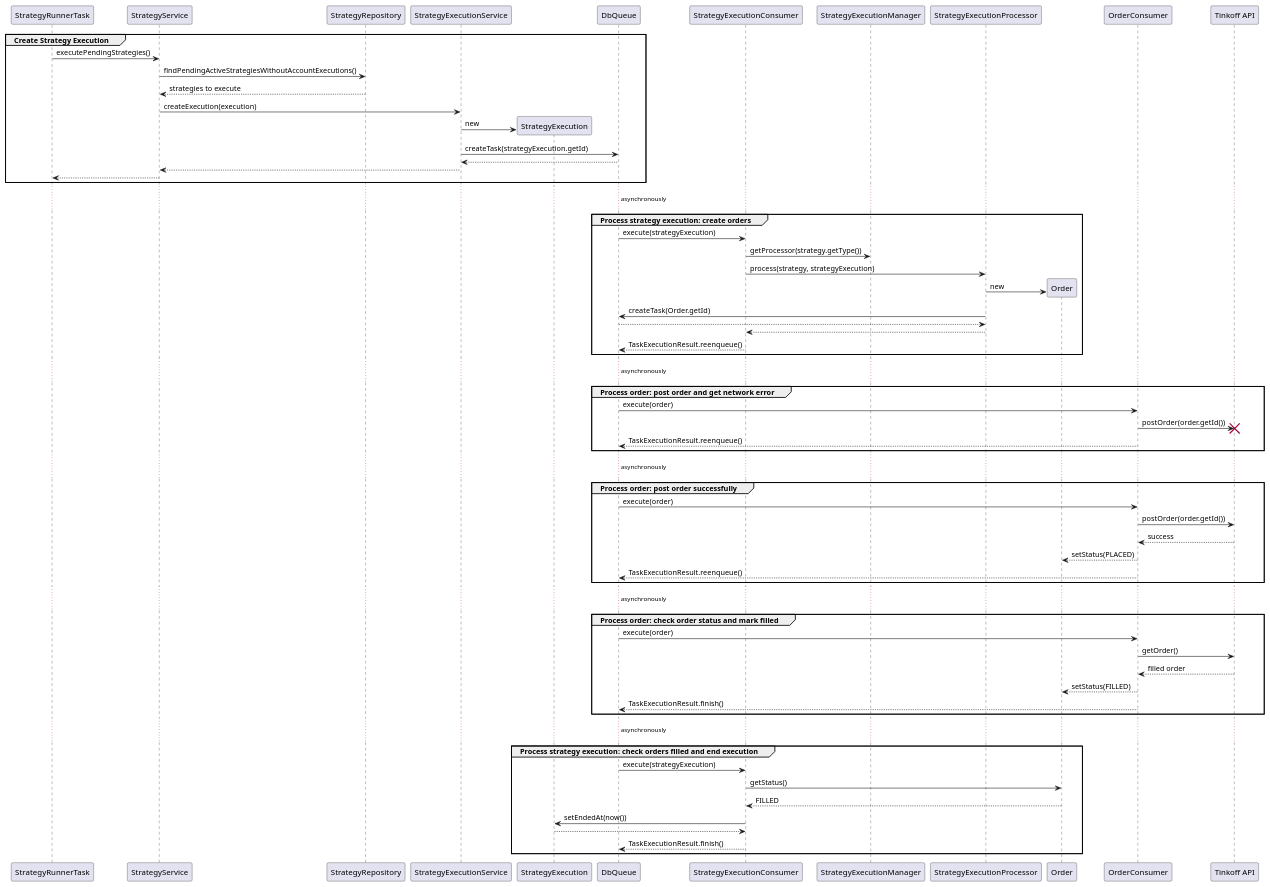
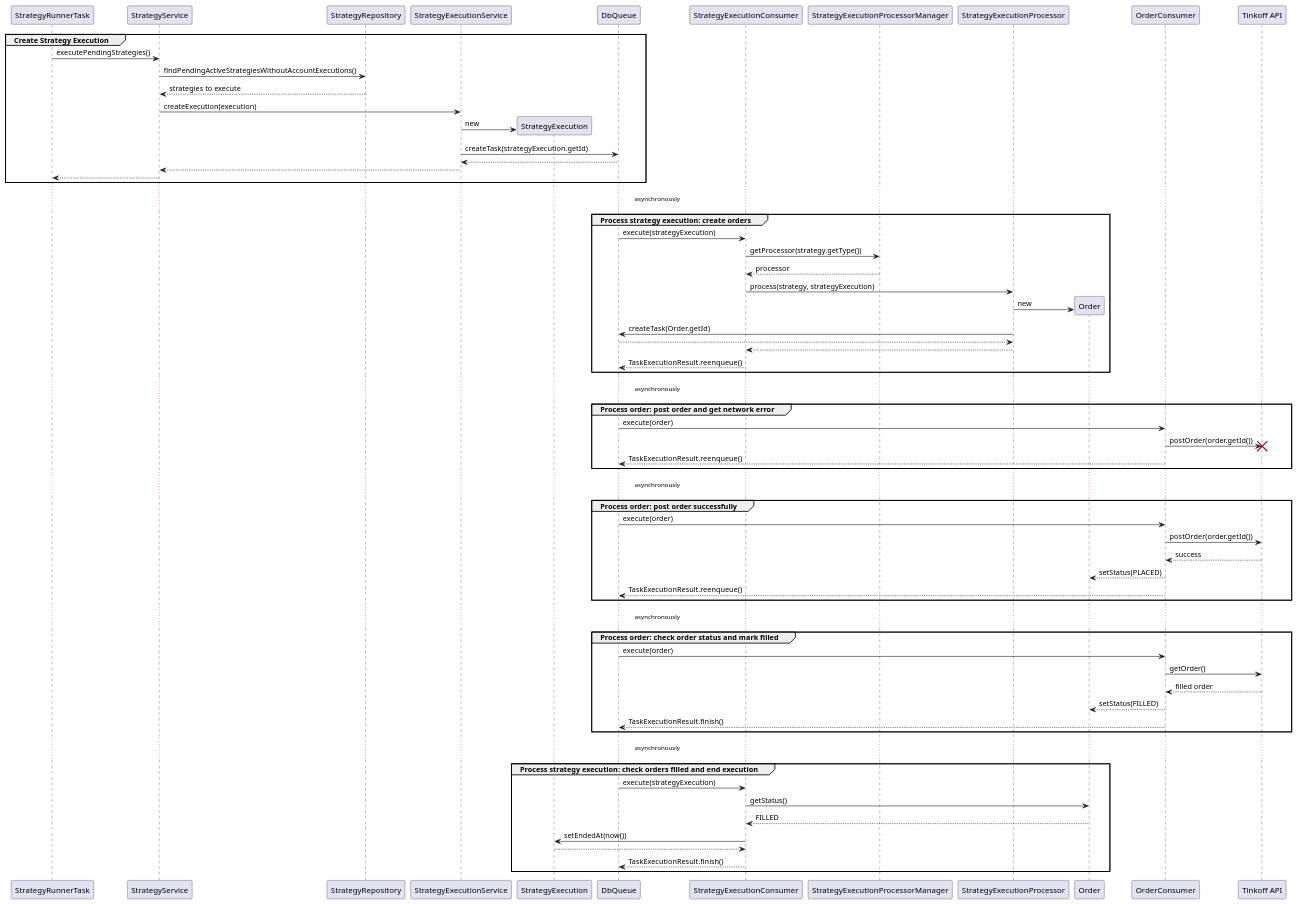
Before and after one commit to ivan-bezyazychnyy/tinkoff-invest-robot: the diagram in docs/strategy-execution-sequence-diagram.puml, drawn with PlantUML. The commit also changed 1 other file, not shown here.

Commit message:
Update strategy execution sequence diagram

```diff
--- a/docs/strategy-execution-sequence-diagram.puml
+++ b/docs/strategy-execution-sequence-diagram.puml
@@ -1,69 +1,70 @@
 @startuml
 
 group Create Strategy Execution
     StrategyRunnerTask -> StrategyService : executePendingStrategies()
     StrategyService -> StrategyRepository : findPendingActiveStrategiesWithoutAccountExecutions()
     StrategyRepository --> StrategyService : strategies to execute
     StrategyService -> StrategyExecutionService : createExecution(execution)
     create StrategyExecution
     StrategyExecutionService -> StrategyExecution : new
     StrategyExecutionService -> DbQueue : createTask(strategyExecution.getId)
     DbQueue --> StrategyExecutionService
     StrategyExecutionService --> StrategyService
     StrategyService --> StrategyRunnerTask
 end
 
 ... asynchronously ...
 
 group Process strategy execution: create orders
     DbQueue -> StrategyExecutionConsumer : execute(strategyExecution)
-    StrategyExecutionConsumer -> StrategyExecutionManager : getProcessor(strategy.getType())
+    StrategyExecutionConsumer -> StrategyExecutionProcessorManager : getProcessor(strategy.getType())
+    StrategyExecutionProcessorManager --> StrategyExecutionConsumer : processor
     StrategyExecutionConsumer -> StrategyExecutionProcessor  : process(strategy, strategyExecution)
     create Order
     StrategyExecutionProcessor -> Order : new
     StrategyExecutionProcessor -> DbQueue : createTask(Order.getId)
     DbQueue --> StrategyExecutionProcessor
     StrategyExecutionProcessor --> StrategyExecutionConsumer
     StrategyExecutionConsumer --> DbQueue : TaskExecutionResult.reenqueue()
 end
 
 ... asynchronously ...
 
 group Process order: post order and get network error
     DbQueue -> OrderConsumer : execute(order)
     OrderConsumer -> "Tinkoff API" !! : postOrder(order.getId())
     OrderConsumer --> DbQueue : TaskExecutionResult.reenqueue()
 end
 
 ... asynchronously ...
 
 group Process order: post order successfully
     DbQueue -> OrderConsumer : execute(order)
     OrderConsumer -> "Tinkoff API" : postOrder(order.getId())
     "Tinkoff API" --> OrderConsumer : success
     OrderConsumer --> Order : setStatus(PLACED)
     OrderConsumer --> DbQueue : TaskExecutionResult.reenqueue()
 end
 
 ... asynchronously ...
 
 group Process order: check order status and mark filled
     DbQueue -> OrderConsumer : execute(order)
     OrderConsumer -> "Tinkoff API" : getOrder()
     "Tinkoff API" --> OrderConsumer : filled order
     OrderConsumer --> Order : setStatus(FILLED)
     OrderConsumer --> DbQueue : TaskExecutionResult.finish()
 end
 
 ... asynchronously ...
 
 group Process strategy execution: check orders filled and end execution
     DbQueue -> StrategyExecutionConsumer : execute(strategyExecution)
     StrategyExecutionConsumer -> Order : getStatus()
     Order --> StrategyExecutionConsumer : FILLED
     StrategyExecutionConsumer -> StrategyExecution : setEndedAt(now())
     StrategyExecution --> StrategyExecutionConsumer
     StrategyExecutionConsumer --> DbQueue : TaskExecutionResult.finish()
 end
 
 @enduml
```
